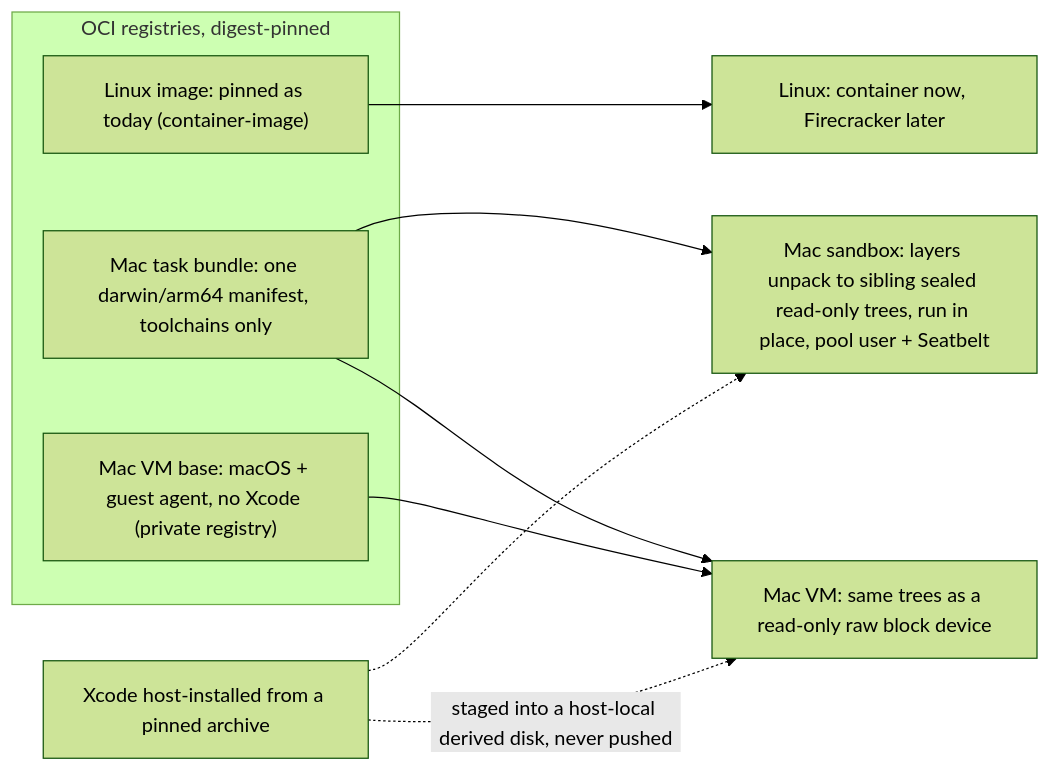
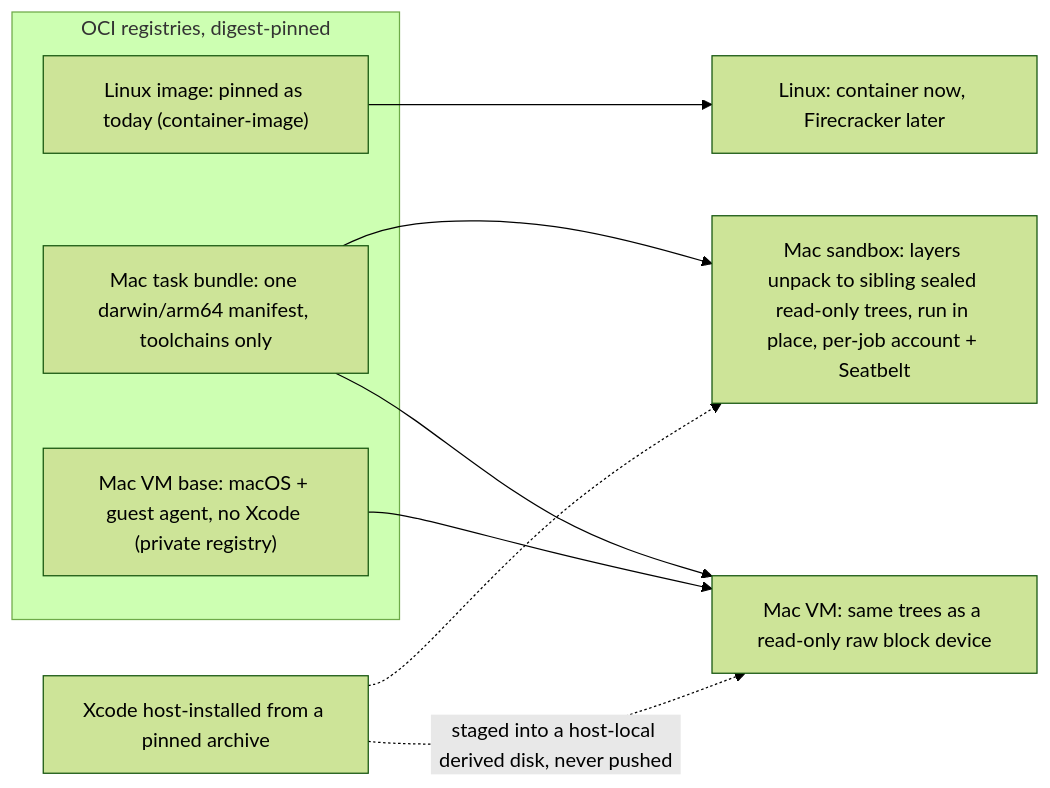
Diagram 14 of 14 in docs/design/kbf-on-js-agent.md (komira-ai/jobscheduler), drawn with Mermaid (forest theme) before and after one commit. The commit also changed other lines of this file and 15 other files, not shown here.

Commit message:
docs: an account per native job replaces the pool of reused accounts

````diff
--- a/docs/design/kbf-on-js-agent.md
+++ b/docs/design/kbf-on-js-agent.md
@@ -644,14 +644,14 @@
 ```mermaid
 flowchart LR
   subgraph REG["OCI registries, digest-pinned"]
     li["Linux image: pinned as today (container-image)"]
     mb["Mac task bundle: one darwin/arm64 manifest, toolchains only"]
     vb["Mac VM base: macOS + guest agent, no Xcode (private registry)"]
   end
   li --> lc["Linux: container now, Firecracker later"]
-  mb --> ms["Mac sandbox: layers unpack to sibling sealed read-only trees, run in place, pool user + Seatbelt"]
+  mb --> ms["Mac sandbox: layers unpack to sibling sealed read-only trees, run in place, per-job account + Seatbelt"]
   mb --> mv["Mac VM: same trees as a read-only raw block device"]
   vb --> mv
   x["Xcode host-installed from a pinned archive"] -.-> ms
   x -. "staged into a host-local derived disk, never pushed" .-> mv
 ```
````
